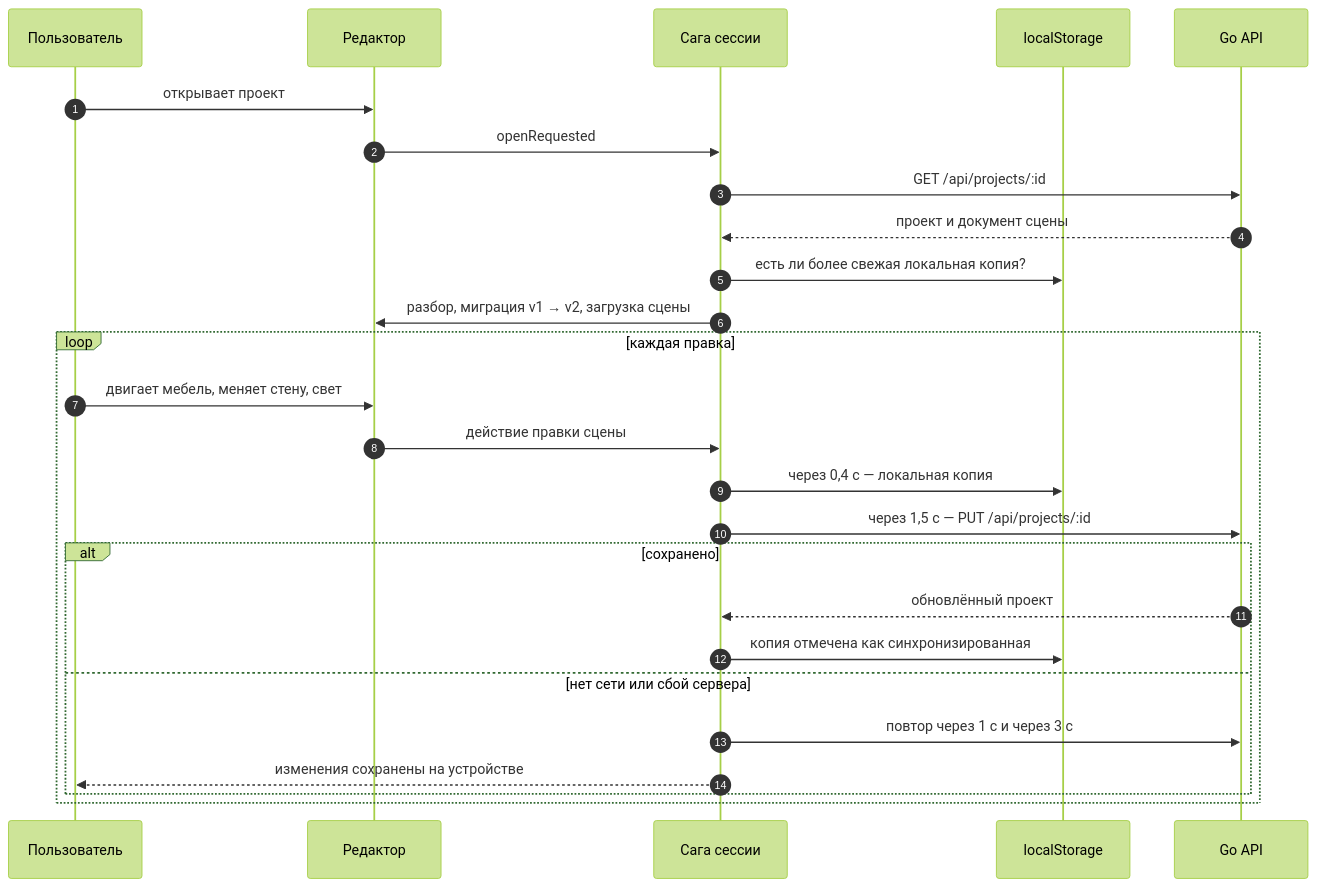
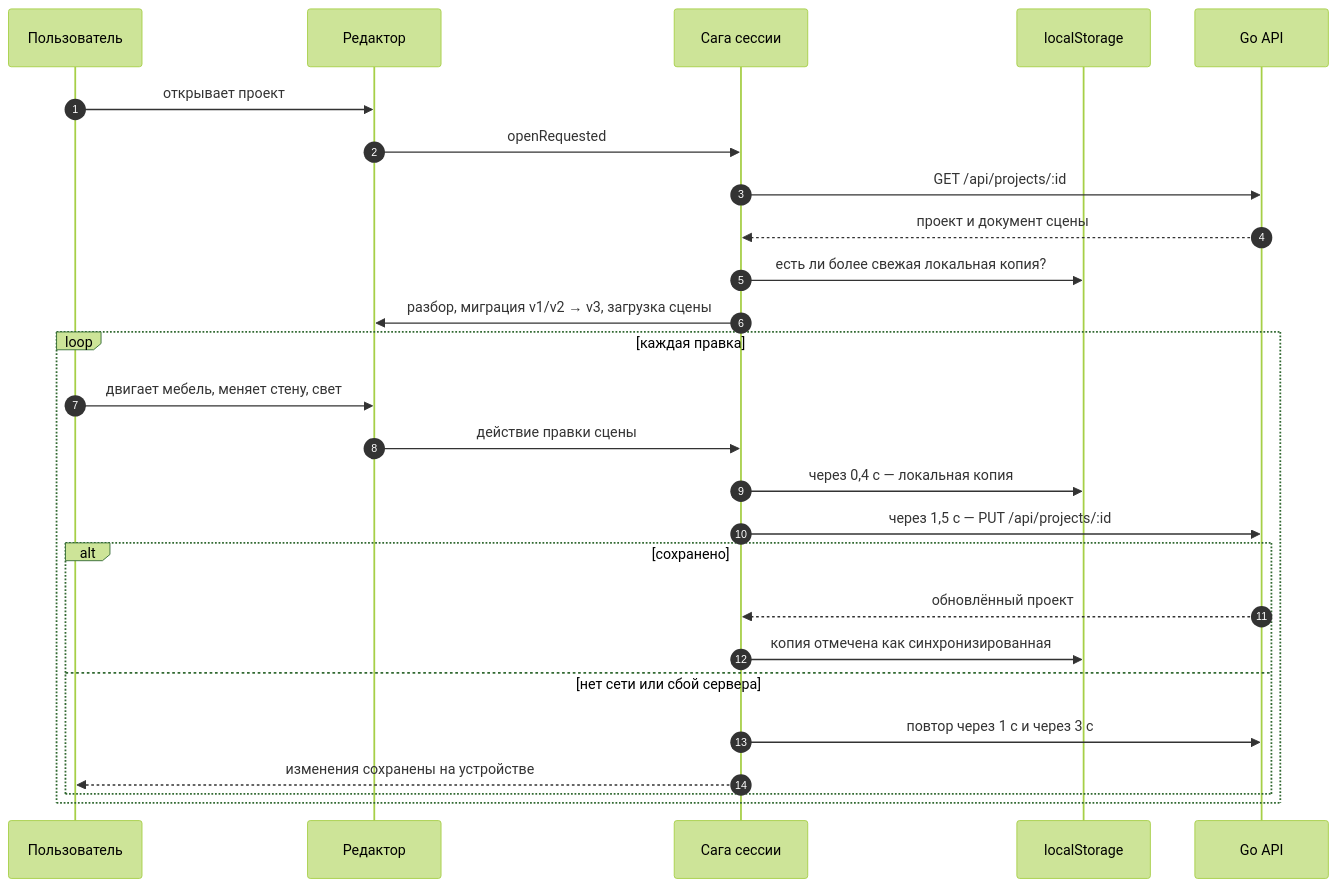
The fifth of 11 diagrams in README.md (execada/VRHomeConstruction), drawn with Mermaid (forest theme) before and after one commit. The commit also changed other lines of this file and 5 other files, not shown here.

````diff
--- a/README.md
+++ b/README.md
@@ -182,30 +190,30 @@
 ```mermaid
 sequenceDiagram
     autonumber
     participant U as Пользователь
     participant E as Редактор
     participant S as Сага сессии
     participant L as localStorage
     participant A as Go API
 
     U->>E: открывает проект
     E->>S: openRequested
     S->>A: GET /api/projects/:id
     A-->>S: проект и документ сцены
     S->>L: есть ли более свежая локальная копия?
-    S->>E: разбор, миграция v1 → v2, загрузка сцены
+    S->>E: разбор, миграция v1/v2 → v3, загрузка сцены
 
     loop каждая правка
         U->>E: двигает мебель, меняет стену, свет
         E->>S: действие правки сцены
         S->>L: через 0,4 с — локальная копия
         S->>A: через 1,5 с — PUT /api/projects/:id
         alt сохранено
             A-->>S: обновлённый проект
             S->>L: копия отмечена как синхронизированная
         else нет сети или сбой сервера
             S->>A: повтор через 1 с и через 3 с
             S-->>U: изменения сохранены на устройстве
         end
     end
 ```
````
